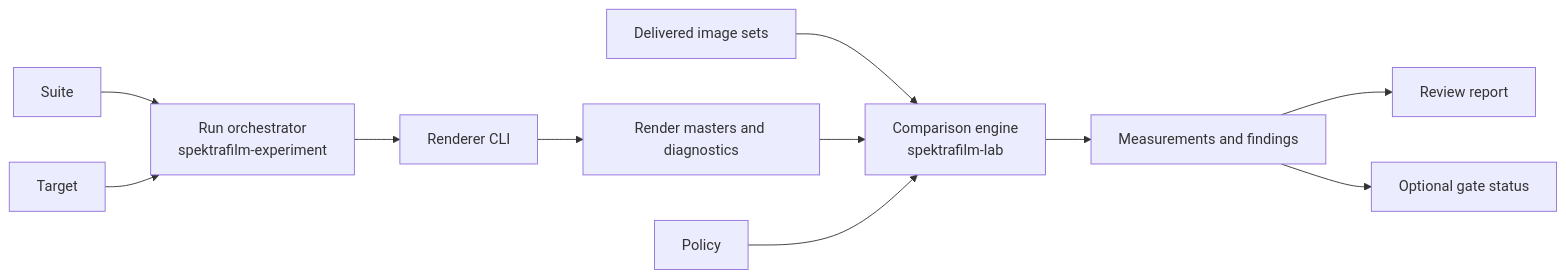
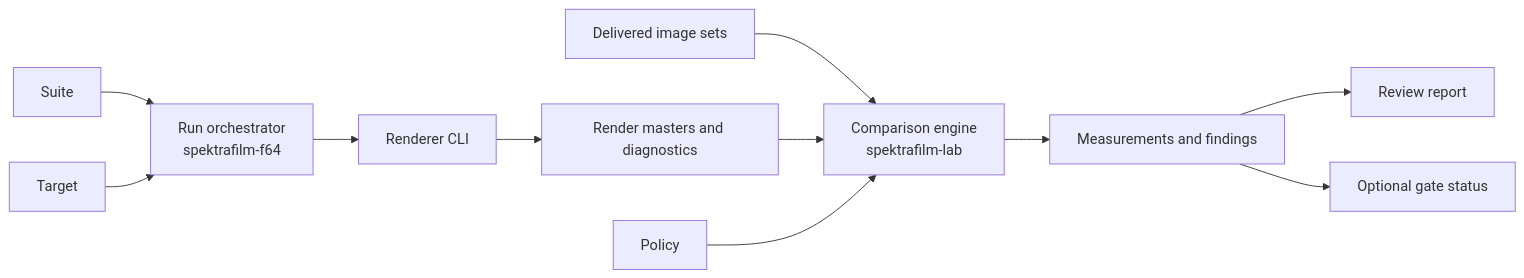
One commit to suraciii/spektrafilm-rs changed the diagram in specs/instrument/design.md. Above: the diagram before and after it, drawn with Mermaid. The commit also changed other lines of this file and 36 other files, not shown here.

````diff
--- a/specs/instrument/design.md
+++ b/specs/instrument/design.md
@@ -25,13 +25,13 @@
 ```mermaid
 flowchart LR
-    S[Suite] --> R[Run orchestrator<br/>spektrafilm-experiment]
+    S[Suite] --> R[Run orchestrator<br/>spektrafilm-f64]
     T[Target] --> R
     R --> X[Renderer CLI]
     X --> M[Render masters and diagnostics]
     I[Delivered image sets] --> C[Comparison engine<br/>spektrafilm-lab]
     M --> C
     P[Policy] --> C
     C --> E[Measurements and findings]
     E --> H[Review report]
     E --> G[Optional gate status]
 ```
````
